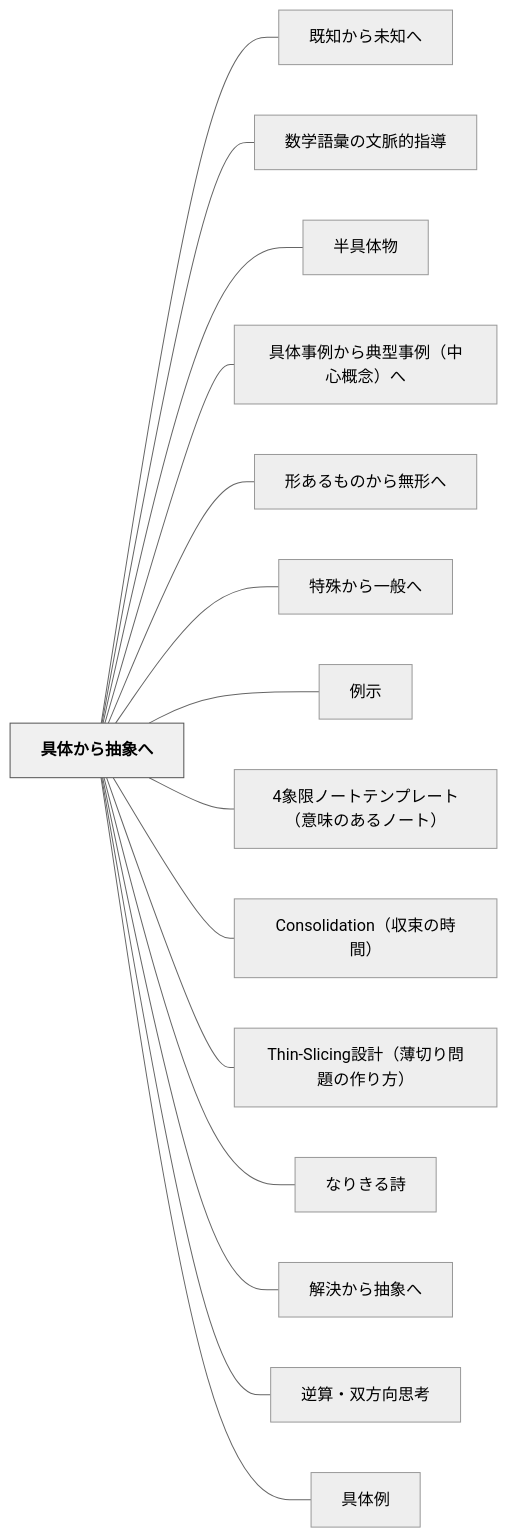
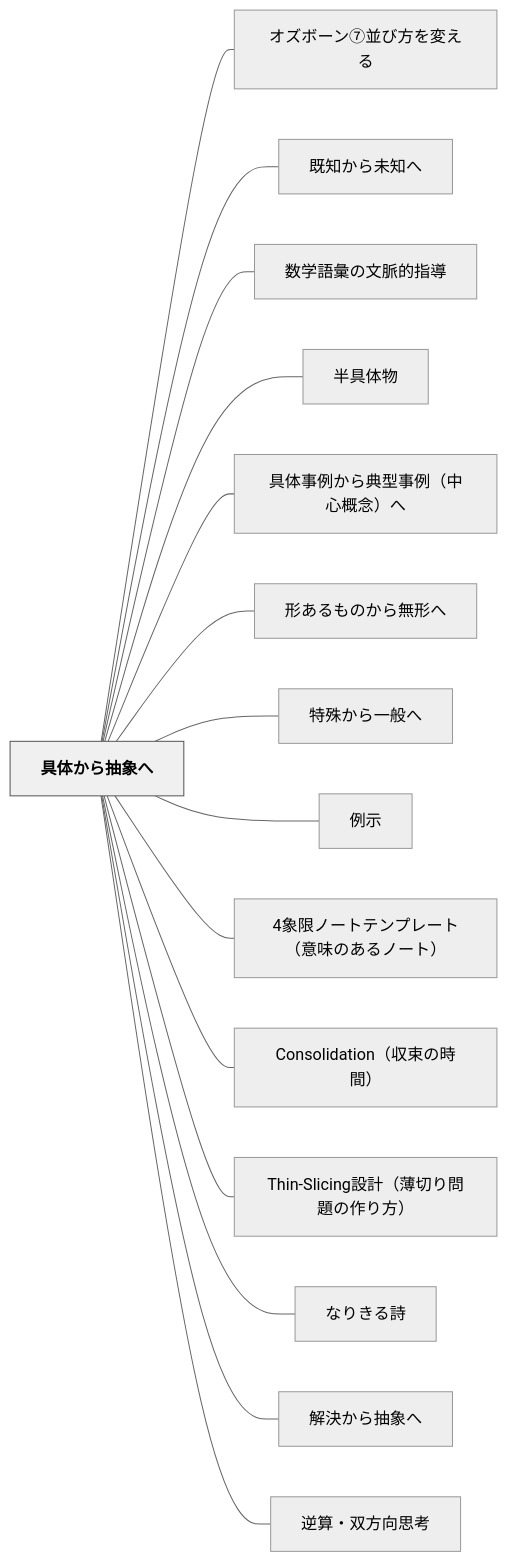
The diagram in content/パタン/具体から抽象へ.md (unknownthings-ed-patterns/unknownthings-ed-patterns), drawn with Mermaid (neutral theme) before and after one commit. The commit also changed other lines of this file and 44 other files, not shown here.

````diff
--- a/content/パタン/具体から抽象へ.md
+++ b/content/パタン/具体から抽象へ.md
@@ -45,36 +45,36 @@
 ```mermaid
 flowchart LR
     ne585b7e4bd93e3818be38289e68abde8b1a1e381b8["具体から抽象へ"]
+    ne382aae382bae3839ce383bce383b3e291a6e4b8a6e381b3e696b9e38292e5a489e38188e3828b["オズボーン⑦並び方を変える"]
     ne697a2e79fa5e3818be38289e69caae79fa5e381b8["既知から未知へ"]
     ne695b0e5ada6e8aa9ee5bd99e381aee69687e88488e79a84e68c87e5b08e["数学語彙の文脈的指導"]
     ne58d8ae585b7e4bd93e789a9["半具体物"]
     ne585b7e4bd93e4ba8be4be8be3818be38289e585b8e59e8be4ba8be4be8befbc88e4b8ade5bf83e6a682e5bfb5efbc89e381b8["具体事例から典型事例（中心概念）へ"]
     ne5bda2e38182e3828be38282e381aee3818be38289e784a1e5bda2e381b8["形あるものから無形へ"]
     ne789b9e6ae8ae3818be38289e4b880e888ace381b8["特殊から一般へ"]
     ne4be8be7a4ba["例示"]
     n34e8b1a1e99990e3838ee383bce38388e38386e383b3e38397e383ace383bce38388efbc88e6848fe591b3e381aee38182e3828be3838ee383bce38388efbc89["4象限ノートテンプレート（意味のあるノート）"]
     n436f6e736f6c69646174696f6eefbc88e58f8ee69d9fe381aee69982e99693efbc89["Consolidation（収束の時間）"]
     n5468696e2d536c6963696e67e8a8ade8a888efbc88e89684e58887e3828ae5958fe9a18ce381aee4bd9ce3828ae696b9efbc89["Thin-Slicing設計（薄切り問題の作り方）"]
     ne381aae3828ae3818de3828be8a9a9["なりきる詩"]
     ne8a7a3e6b1bae3818be38289e68abde8b1a1e381b8["解決から抽象へ"]
     ne98086e7ae97e383bbe58f8ce696b9e59091e6809de88083["逆算・双方向思考"]
-    ne585b7e4bd93e4be8b["具体例"]
 
+    ne585b7e4bd93e3818be38289e68abde8b1a1e381b8 --- ne382aae382bae3839ce383bce383b3e291a6e4b8a6e381b3e696b9e38292e5a489e38188e3828b
     ne585b7e4bd93e3818be38289e68abde8b1a1e381b8 --- ne697a2e79fa5e3818be38289e69caae79fa5e381b8
     ne585b7e4bd93e3818be38289e68abde8b1a1e381b8 --- ne695b0e5ada6e8aa9ee5bd99e381aee69687e88488e79a84e68c87e5b08e
     ne585b7e4bd93e3818be38289e68abde8b1a1e381b8 --- ne58d8ae585b7e4bd93e789a9
     ne585b7e4bd93e3818be38289e68abde8b1a1e381b8 --- ne585b7e4bd93e4ba8be4be8be3818be38289e585b8e59e8be4ba8be4be8befbc88e4b8ade5bf83e6a682e5bfb5efbc89e381b8
     ne585b7e4bd93e3818be38289e68abde8b1a1e381b8 --- ne5bda2e38182e3828be38282e381aee3818be38289e784a1e5bda2e381b8
     ne585b7e4bd93e3818be38289e68abde8b1a1e381b8 --- ne789b9e6ae8ae3818be38289e4b880e888ace381b8
     ne585b7e4bd93e3818be38289e68abde8b1a1e381b8 --- ne4be8be7a4ba
     ne585b7e4bd93e3818be38289e68abde8b1a1e381b8 --- n34e8b1a1e99990e3838ee383bce38388e38386e383b3e38397e383ace383bce38388efbc88e6848fe591b3e381aee38182e3828be3838ee383bce38388efbc89
     ne585b7e4bd93e3818be38289e68abde8b1a1e381b8 --- n436f6e736f6c69646174696f6eefbc88e58f8ee69d9fe381aee69982e99693efbc89
     ne585b7e4bd93e3818be38289e68abde8b1a1e381b8 --- n5468696e2d536c6963696e67e8a8ade8a888efbc88e89684e58887e3828ae5958fe9a18ce381aee4bd9ce3828ae696b9efbc89
     ne585b7e4bd93e3818be38289e68abde8b1a1e381b8 --- ne381aae3828ae3818de3828be8a9a9
     ne585b7e4bd93e3818be38289e68abde8b1a1e381b8 --- ne8a7a3e6b1bae3818be38289e68abde8b1a1e381b8
     ne585b7e4bd93e3818be38289e68abde8b1a1e381b8 --- ne98086e7ae97e383bbe58f8ce696b9e59091e6809de88083
-    ne585b7e4bd93e3818be38289e68abde8b1a1e381b8 --- ne585b7e4bd93e4be8b
 
     classDef hub fill:#f0f0f0,stroke:#555,color:#000,font-weight:bold
     class ne585b7e4bd93e3818be38289e68abde8b1a1e381b8 hub
 ```
````
